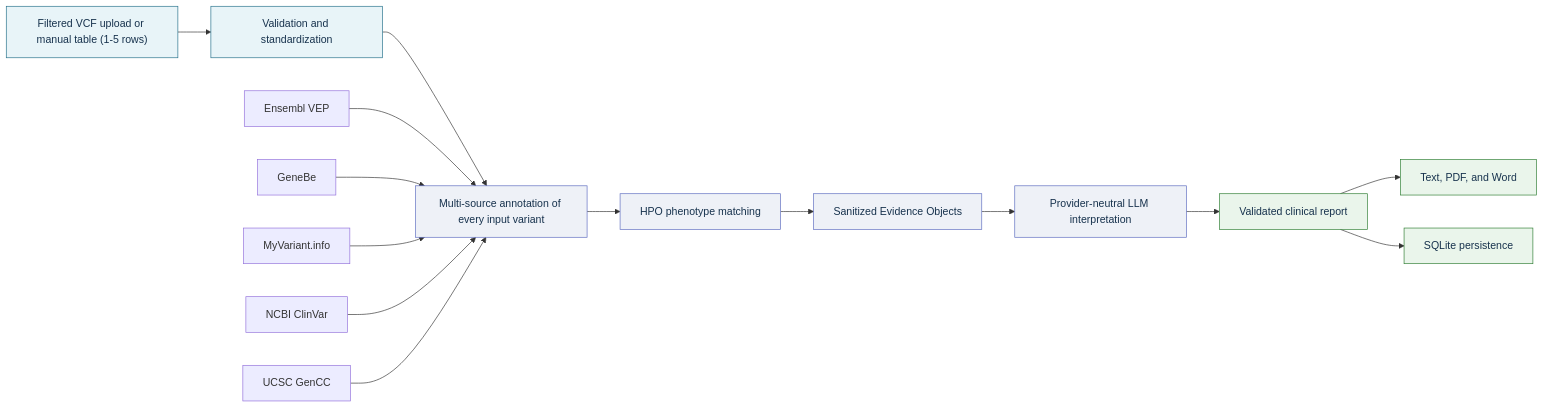
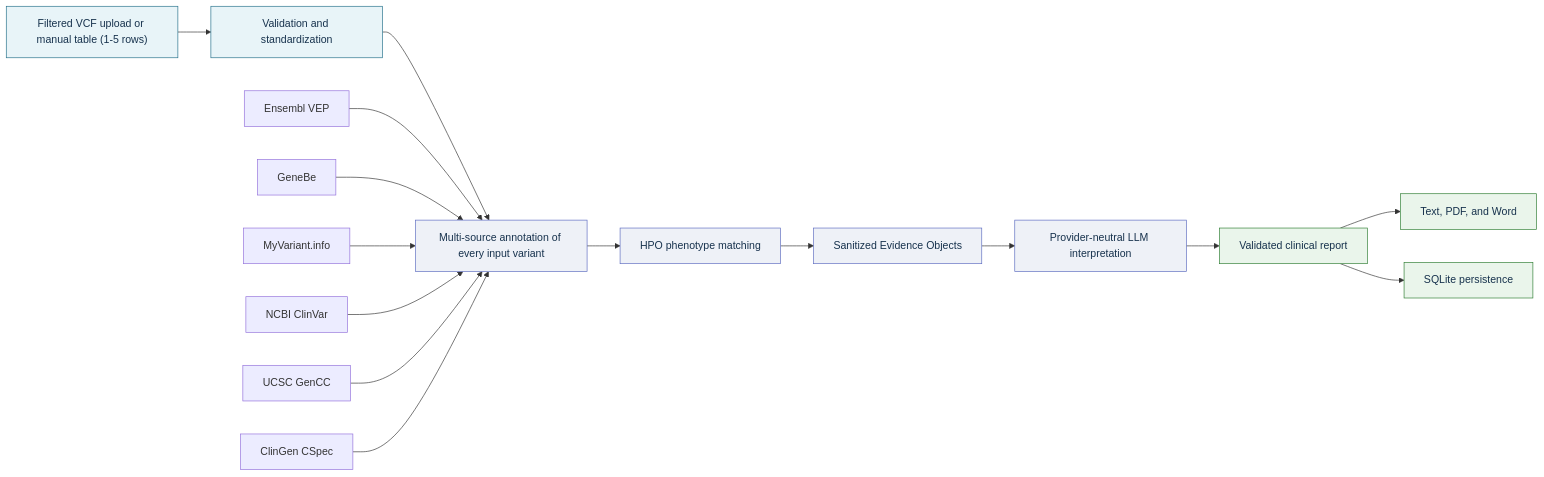
One commit to parhamKIY/CLINCAL_VARIANT_WEB_APPLICATION changed the diagram in README.md. Above: the diagram before and after it, drawn with Mermaid. The commit also changed other lines of this file and 10 other files, not shown here.

Commit message:
feat: complete Stage 25 ClinGen CSpec upgrade

````diff
--- a/README.md
+++ b/README.md
@@ -39,24 +39,25 @@
 ```mermaid
 flowchart LR
     A["Filtered VCF upload or manual table (1-5 rows)"] --> B["Validation and standardization"]
     B --> D["Multi-source annotation of every input variant"]
     D --> E["HPO phenotype matching"]
     E --> F["Sanitized Evidence Objects"]
     F --> G["Provider-neutral LLM interpretation"]
     G --> H["Validated clinical report"]
     H --> I["Text, PDF, and Word"]
     H --> J["SQLite persistence"]
 
     D1["Ensembl VEP"] --> D
     D2["GeneBe"] --> D
     D3["MyVariant.info"] --> D
     D4["NCBI ClinVar"] --> D
     D5["UCSC GenCC"] --> D
+    D6["ClinGen CSpec"] --> D
 
     classDef input fill:#e8f4f8,stroke:#24708a,color:#17324d
     classDef evidence fill:#eef1f7,stroke:#5c6bc0,color:#17324d
     classDef output fill:#eaf5eb,stroke:#2e7d32,color:#17324d
     class A,B input
     class D,E,F,G evidence
     class H,I,J output
 ```
````
